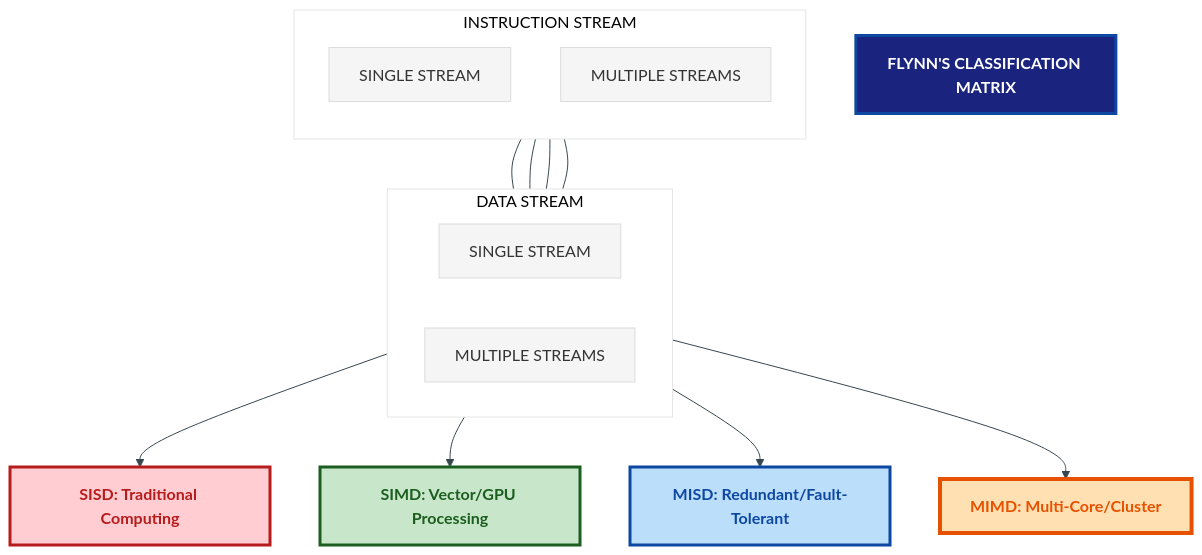
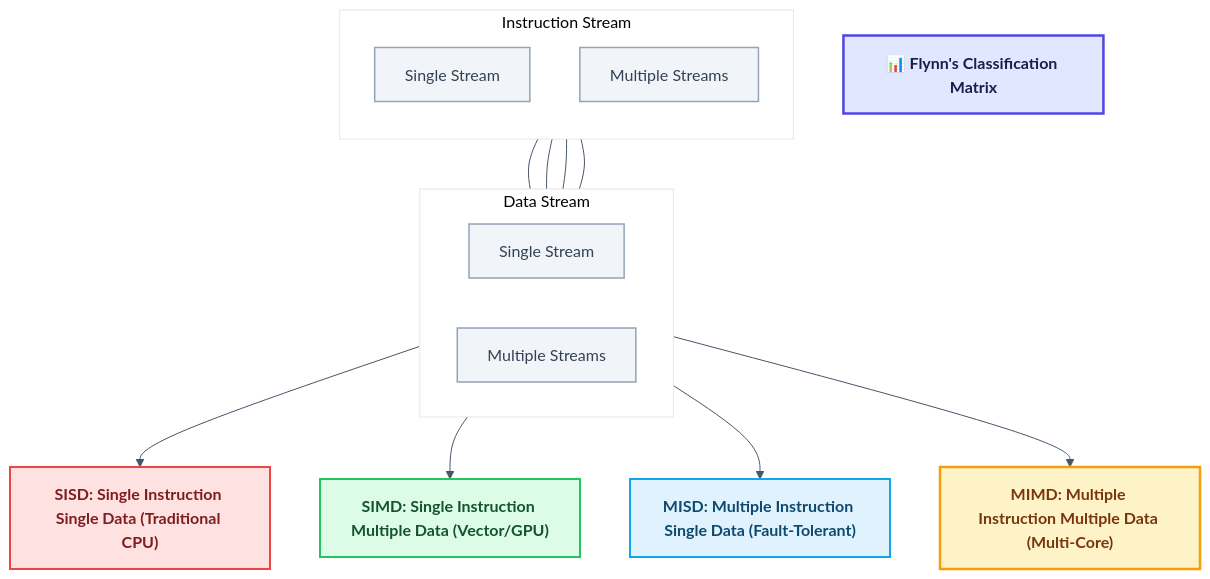
Before and after one commit to RameenAnwar/PDC-SP26-SE: the second of 8 diagrams in SyedMuhammadHuzaifaAshrafi-(23FA-035-SE)/Chapter01/README.md, drawn with Mermaid. The commit also changed other lines of this file and 5 other files, not shown here.

````diff
--- a/SyedMuhammadHuzaifaAshrafi-(23FA-035-SE)/Chapter01/README.md
+++ b/SyedMuhammadHuzaifaAshrafi-(23FA-035-SE)/Chapter01/README.md
@@ -90,40 +93,42 @@
 ```mermaid
-%%{init: {'theme': 'base', 'themeVariables': { 'lineColor': '#37474F', 'primaryColor': '#F5F5F5' }}}%%
+%%{init: {'theme': 'base', 'themeVariables': { 'lineColor': '#475569', 'primaryColor': '#f8fafc', 'primaryTextColor': '#0f172a', 'primaryBorderColor': '#cbd5e1' }}}%%
 flowchart TD
-    %% Pro Max Flynn's Matrix Visualization
-    classDef header fill:#1A237E,stroke:#0D47A1,stroke-width:3px,color:#FFFFFF,font-weight:bold
-    classDef sisd fill:#FFCDD2,stroke:#B71C1C,stroke-width:3px,color:#B71C1C,font-weight:bold
-    classDef simd fill:#C8E6C9,stroke:#1B5E20,stroke-width:3px,color:#1B5E20,font-weight:bold
-    classDef misd fill:#BBDEFB,stroke:#0D47A1,stroke-width:3px,color:#0D47A1,font-weight:bold
-    classDef mimd fill:#FFE0B2,stroke:#E65100,stroke-width:4px,color:#E65100,font-weight:bold
+    %% Premium Styled Flynn's Taxonomy
+    classDef title fill:#e0e7ff,stroke:#4f46e5,stroke-width:2.5px,color:#1e1b4b,font-weight:bold
+    classDef axis fill:#f1f5f9,stroke:#94a3b8,stroke-width:1.5px,color:#334155
+    classDef sisd fill:#fee2e2,stroke:#ef4444,stroke-width:2px,color:#7f1d1d,font-weight:bold
+    classDef simd fill:#dcfce7,stroke:#22c55e,stroke-width:2px,color:#14532d,font-weight:bold
+    classDef misd fill:#e0f2fe,stroke:#0ea5e9,stroke-width:2px,color:#0c4a6e,font-weight:bold
+    classDef mimd fill:#fef3c7,stroke:#f59e0b,stroke-width:2.5px,color:#78350f,font-weight:bold
 
-    TITLE[FLYNN'S CLASSIFICATION MATRIX]
+    TITLE["📊 Flynn's Classification Matrix"]
 
-    subgraph InstructionAxis [INSTRUCTION STREAM]
+    subgraph InstructionAxis ["Instruction Stream"]
         direction TB
-        SingleI[SINGLE STREAM]
-        MultiI[MULTIPLE STREAMS]
+        SingleI["Single Stream"]
+        MultiI["Multiple Streams"]
     end
 
-    subgraph DataAxis [DATA STREAM]
+    subgraph DataAxis ["Data Stream"]
         direction LR
-        SingleD[SINGLE STREAM]
-        MultiD[MULTIPLE STREAMS]
+        SingleD["Single Stream"]
+        MultiD["Multiple Streams"]
     end
 
-    Matrix_SISD[SISD: Traditional Computing]
-    Matrix_SIMD[SIMD: Vector/GPU Processing]
-    Matrix_MISD[MISD: Redundant/Fault-Tolerant]
-    Matrix_MIMD[MIMD: Multi-Core/Cluster]
+    Matrix_SISD["SISD: Single Instruction Single Data (Traditional CPU)"]
+    Matrix_SIMD["SIMD: Single Instruction Multiple Data (Vector/GPU)"]
+    Matrix_MISD["MISD: Multiple Instruction Single Data (Fault-Tolerant)"]
+    Matrix_MIMD["MIMD: Multiple Instruction Multiple Data (Multi-Core)"]
 
     SingleI --- SingleD --> Matrix_SISD
     SingleI --- MultiD --> Matrix_SIMD
     MultiI --- SingleD --> Matrix_MISD
     MultiI --- MultiD --> Matrix_MIMD
 
-    class TITLE header
+    class TITLE title
+    class SingleI,MultiI,SingleD,MultiD axis
     class Matrix_SISD sisd
     class Matrix_SIMD simd
     class Matrix_MISD misd
     class Matrix_MIMD mimd
 ```
````
